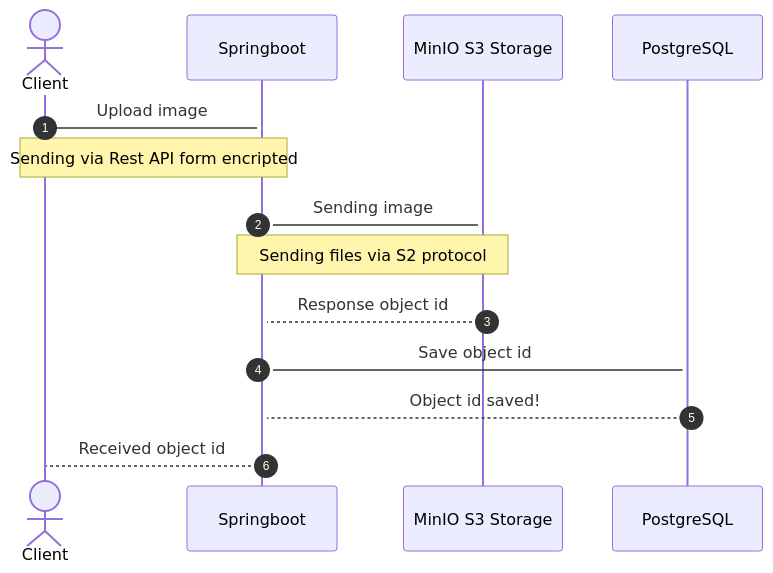
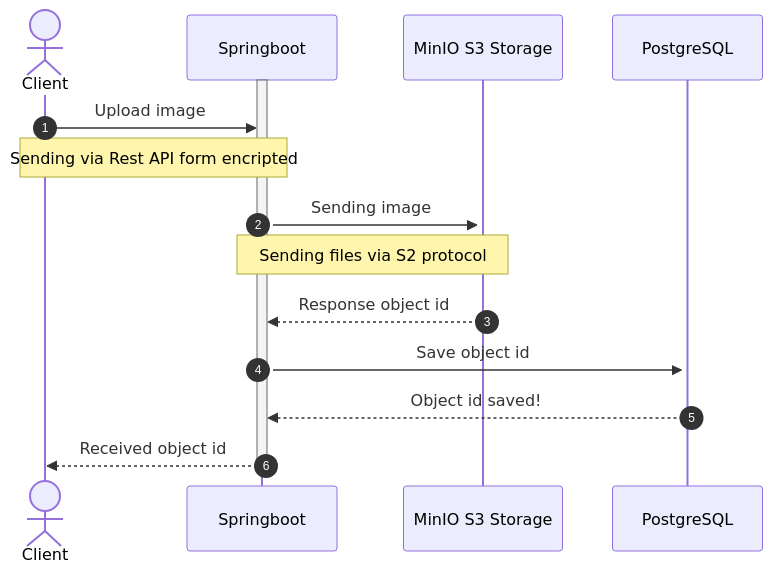
One commit to dimMaryanto93/springboot-angular-aws-s3-minio-example changed the first of 2 diagrams in README.md. Above: the diagram before and after it, drawn with Mermaid.

````diff
--- a/README.md
+++ b/README.md
@@ -19,21 +19,22 @@
 ```mermaid
 sequenceDiagram
     autonumber
     actor client AS Client
     participant backend AS Springboot
     participant minio AS MinIO S3 Storage
     participant postgres AS PostgreSQL
 
     activate backend
     activate minio
     activate postgres
 
-    client->backend: Upload image
+    client->>backend: Upload image
     Note over client,backend: Sending via Rest API form encripted
-    backend->minio: Sending image
+    backend->>minio: Sending image
     Note over backend,minio: Sending files via S2 protocol
-    minio-->backend: Response object id
-    backend->postgres: Save object id
-    postgres-->backend: Object id saved!
-    backend-->client: Received object id
+    minio-->>backend: Response object id
+    backend->>postgres: Save object id
+    postgres-->>backend: Object id saved!
+    backend-->>client: Received object id
+    deactivate backend
 ```
````
